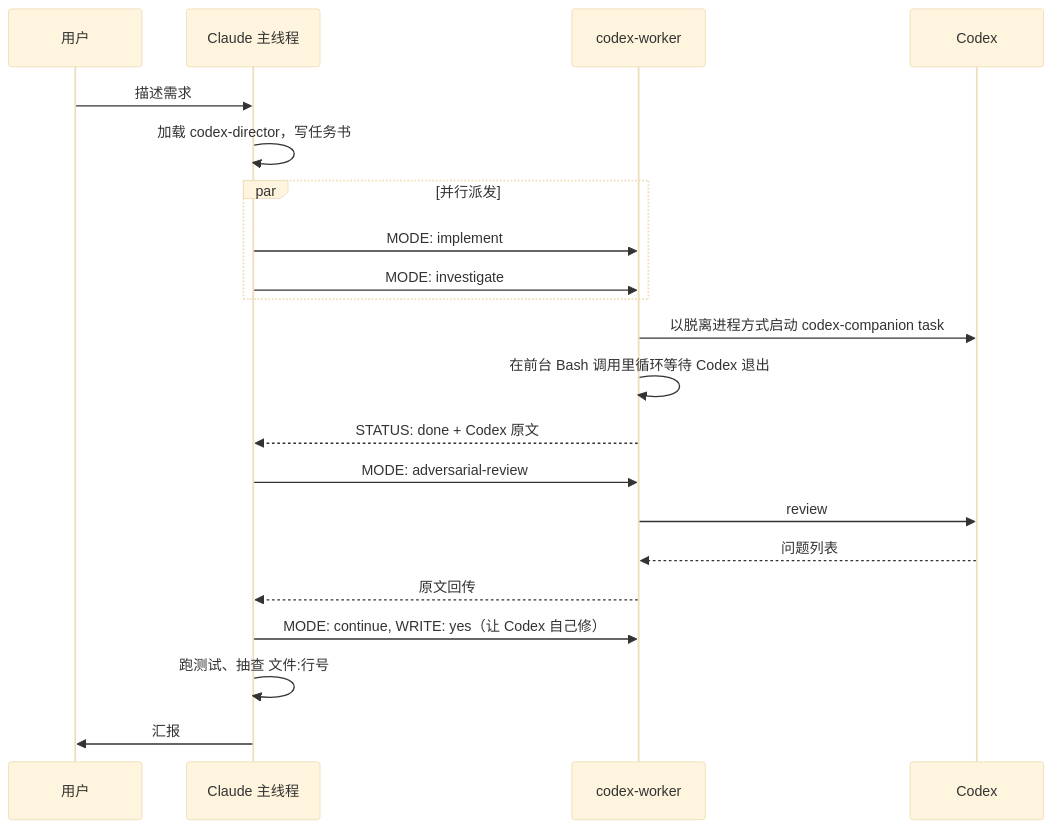
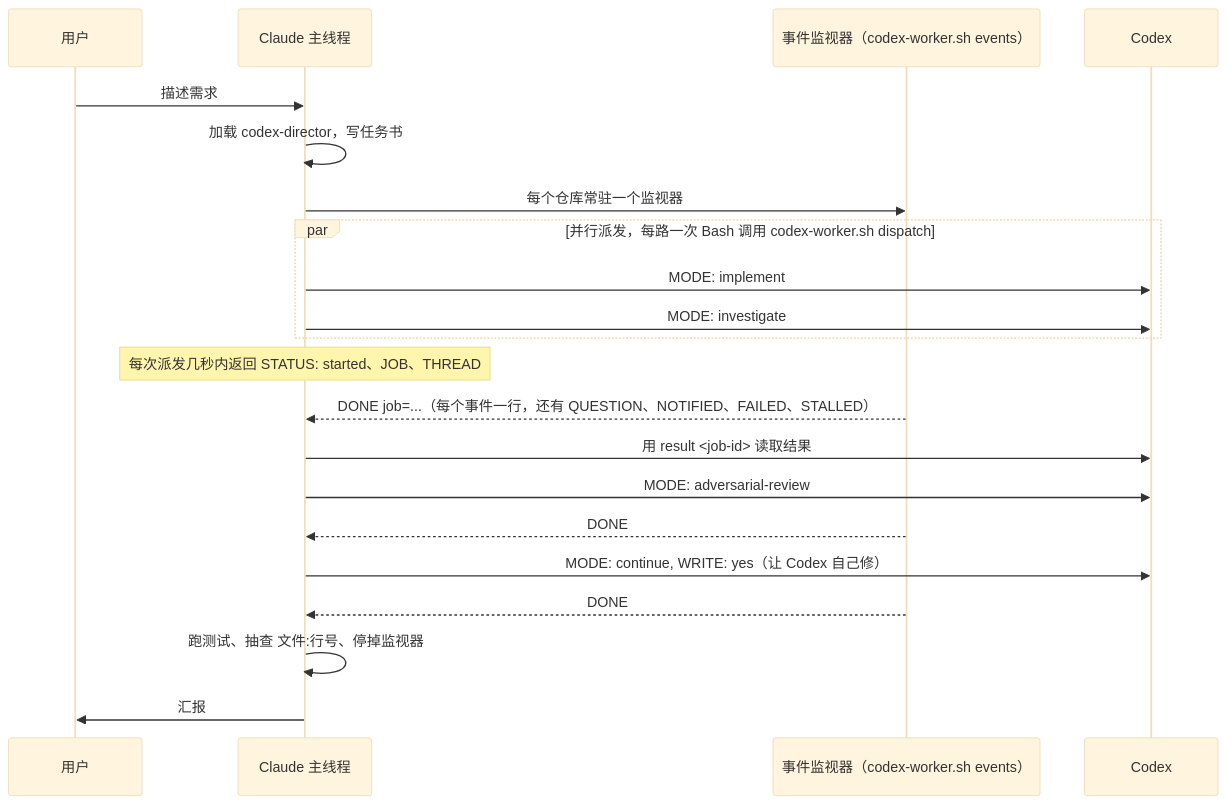
The diagram in README.zh-CN.md (y-cruce/codex-director), drawn with Mermaid (base theme) before and after one commit. The commit also changed other lines of this file and 5 other files, not shown here.

Commit message:
Worker: add dispatch so the director starts jobs directly; codex-worker agent becomes the fallback without the event monitor

````diff
--- a/README.zh-CN.md
+++ b/README.zh-CN.md
@@ -22,24 +22,24 @@
 ```mermaid
 sequenceDiagram
     participant U as 用户
     participant C as Claude 主线程
-    participant W as codex-worker
+    participant M as 事件监视器（codex-worker.sh events）
     participant X as Codex
 
     U->>C: 描述需求
     C->>C: 加载 codex-director，写任务书
-    par 并行派发
-        C->>W: MODE: implement
-        C->>W: MODE: investigate
+    C->>M: 每个仓库常驻一个监视器
+    par 并行派发，每路一次 Bash 调用 codex-worker.sh dispatch
+        C->>X: MODE: implement
+        C->>X: MODE: investigate
     end
-    W->>X: 以脱离进程方式启动 codex-companion task
-    W->>W: 在前台 Bash 调用里循环等待 Codex 退出
-    W-->>C: STATUS: done + Codex 原文
-    C->>W: MODE: adversarial-review
-    W->>X: review
-    X-->>W: 问题列表
-    W-->>C: 原文回传
-    C->>W: MODE: continue, WRITE: yes（让 Codex 自己修）
-    C->>C: 跑测试、抽查 文件:行号
+    Note over C: 每次派发几秒内返回 STATUS: started、JOB、THREAD
+    M-->>C: DONE job=...（每个事件一行，还有 QUESTION、NOTIFIED、FAILED、STALLED）
+    C->>X: 用 result <job-id> 读取结果
+    C->>X: MODE: adversarial-review
+    M-->>C: DONE
+    C->>X: MODE: continue, WRITE: yes（让 Codex 自己修）
+    M-->>C: DONE
+    C->>C: 跑测试、抽查 文件:行号、停掉监视器
     C->>U: 汇报
 ```
````
